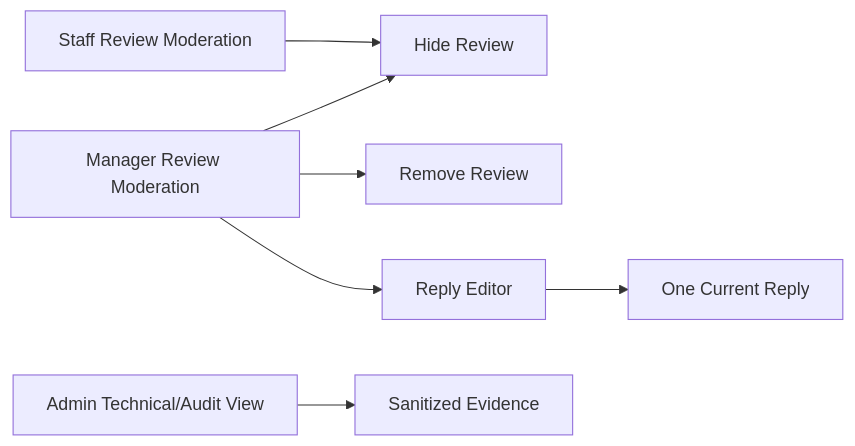
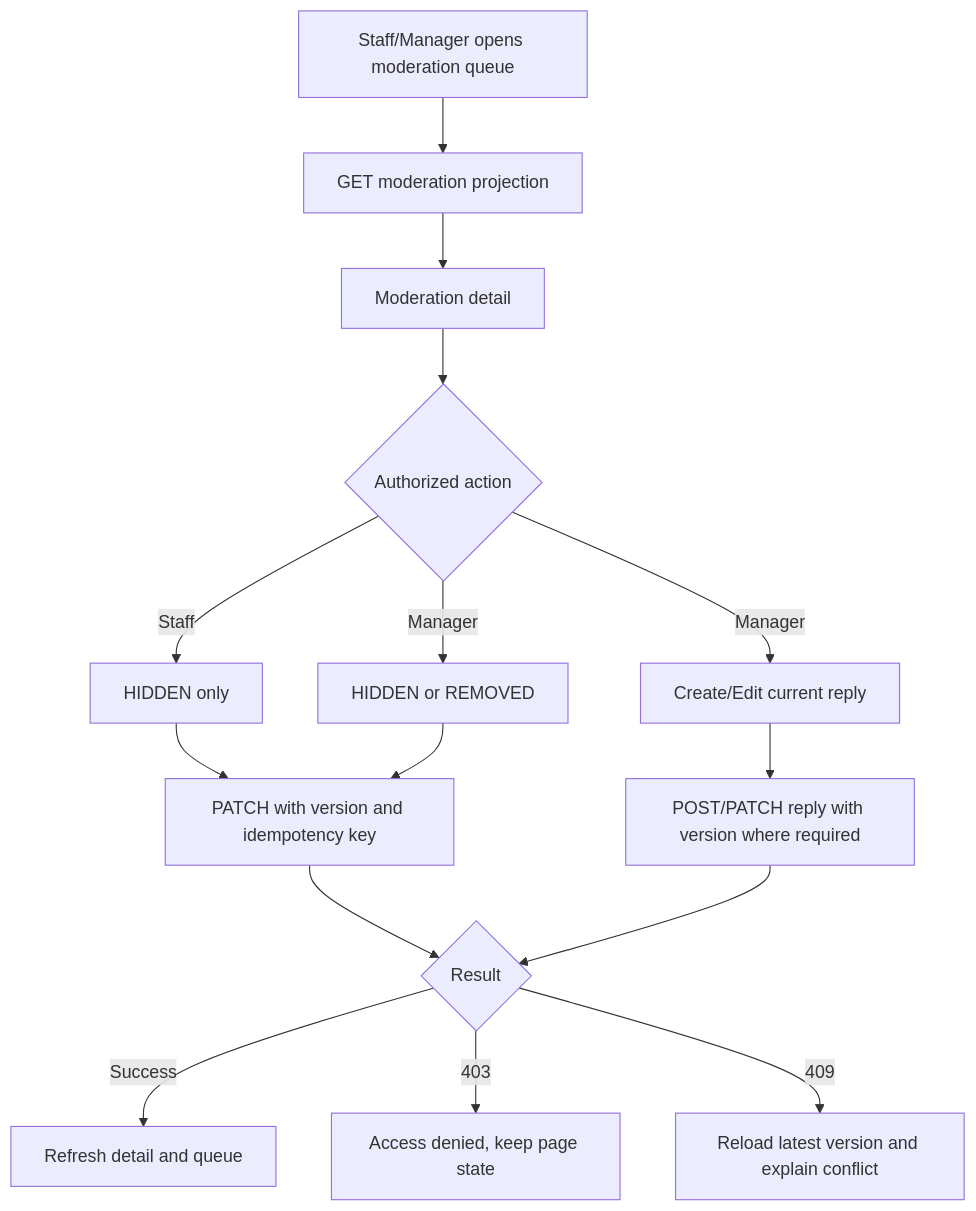
One commit to quoc-ca/mland-operations-hub changed the second of 2 diagrams in ppswbs-spec/features/011-review-management/design/ui-flow.md. Above: the diagram before and after it, drawn with Mermaid. The commit also changed other lines of this file and 19 other files, not shown here.

````diff
--- a/ppswbs-spec/features/011-review-management/design/ui-flow.md
+++ b/ppswbs-spec/features/011-review-management/design/ui-flow.md
@@ -26,9 +55,17 @@
 ```mermaid
-flowchart LR
-  S[Staff Review Moderation] --> H[Hide Review]
-  M[Manager Review Moderation] --> H
-  M --> R[Remove Review]
-  M --> Q[Reply Editor]
-  Q --> P[One Current Reply]
-  A[Admin Technical/Audit View] --> T[Sanitized Evidence]
+flowchart TD
+  A[Staff/Manager opens moderation queue] --> B[GET moderation projection]
+  B --> C[Moderation detail]
+  C --> D{Authorized action}
+  D -->|Staff| E[HIDDEN only]
+  D -->|Manager| F[HIDDEN or REMOVED]
+  D -->|Manager| G[Create/Edit current reply]
+  E --> H[PATCH with version and idempotency key]
+  F --> H
+  G --> I[POST/PATCH reply with version where required]
+  H --> J{Result}
+  I --> J
+  J -->|Success| K[Refresh detail and queue]
+  J -->|403| L[Access denied, keep page state]
+  J -->|409| M[Reload latest version and explain conflict]
 ```
````
